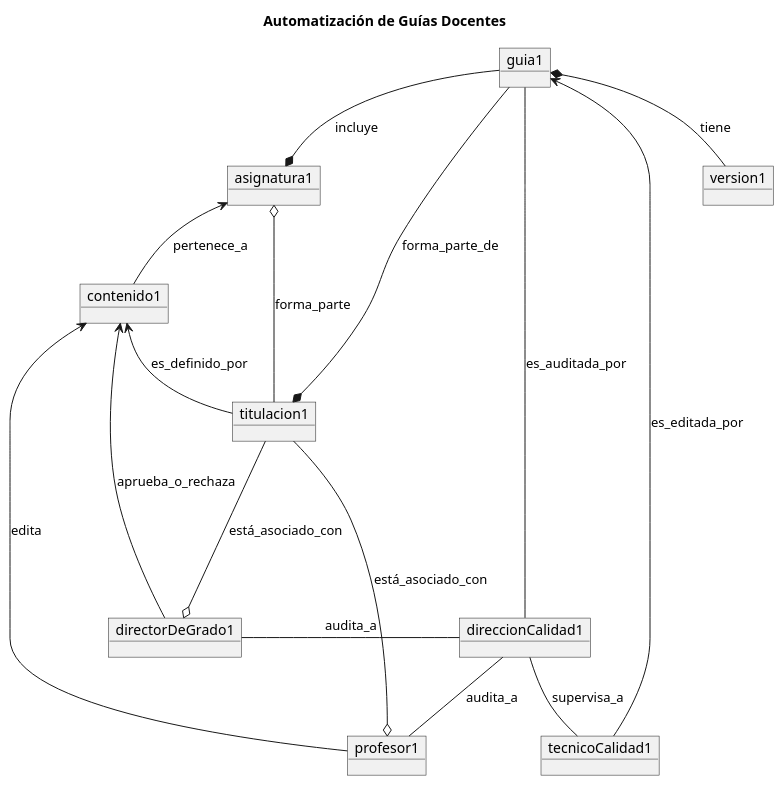
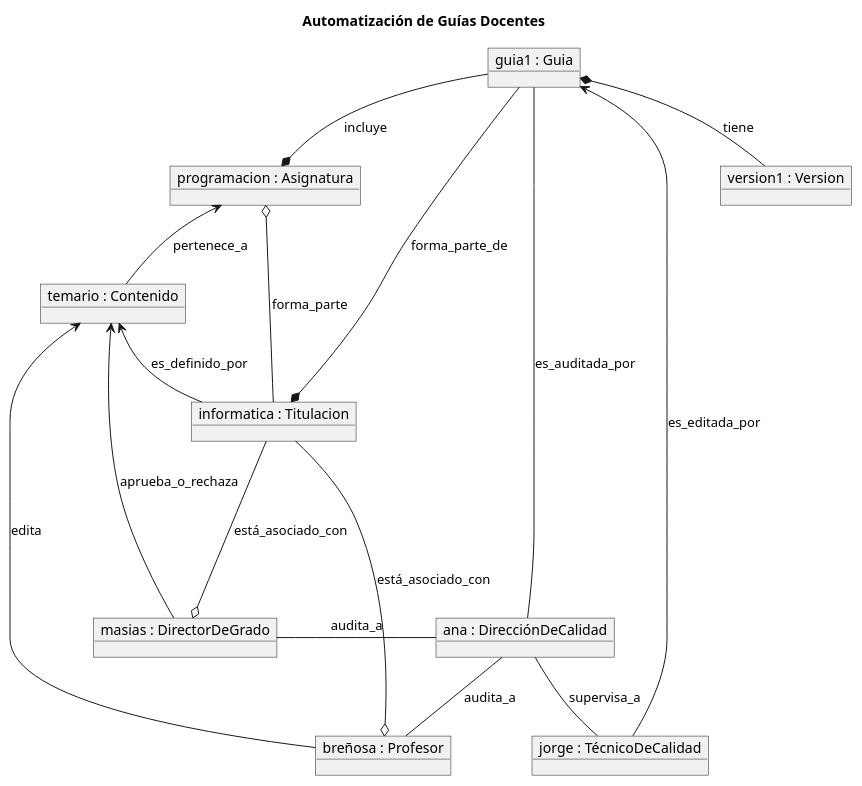
Before and after one commit to mmasias/24-25-IdSw1-SDR: the diagram in ModeloDelDominio/DiagramaDeObjetos.puml, drawn with PlantUML. The commit also changed 1 other file, not shown here.

Commit message:
diagrama de objetos actualizado para que quede con estructura del profesor

```diff
--- a/ModeloDelDominio/DiagramaDeObjetos.puml
+++ b/ModeloDelDominio/DiagramaDeObjetos.puml
@@ -1,36 +1,36 @@
 @startuml DiagramaDeObjetos
 title Automatización de Guías Docentes
 
-object guia1
-object direccionCalidad1
-object tecnicoCalidad1
-object profesor1
-object directorDeGrado1
-object contenido1
-object titulacion1
-object asignatura1
-object version1
+object "guia1 : Guia" as guia1
+object "ana : DirecciónDeCalidad" as ana
+object "jorge : TécnicoDeCalidad" as jorge
+object "breñosa : Profesor" as breñosa
+object "masias : DirectorDeGrado" as masias
+object "temario : Contenido" as temario
+object "informatica : Titulacion" as informatica
+object "programacion : Asignatura" as programacion
+object "version1 : Version" as version1
 
-guia1 --* titulacion1 : forma_parte_de
-guia1 --* asignatura1 : incluye
+guia1 --* informatica : "forma_parte_de"
+guia1 --* programacion : "incluye"
 
-asignatura1 <-down- contenido1 : pertenece_a
-asignatura1 o-down- titulacion1 : forma_parte
+programacion <-down- temario : "pertenece_a"
+programacion o-down- informatica : "forma_parte"
 
-guia1 -down- direccionCalidad1 : es_auditada_por
-guia1 <-down- tecnicoCalidad1 : es_editada_por
-guia1 *-down- version1 : tiene
+guia1 -down- ana : "es_auditada_por"
+guia1 <-down- jorge : "es_editada_por"
+guia1 *-down- version1 : "tiene"
 
-contenido1 <-- titulacion1 : es_definido_por
+temario <-- informatica : "es_definido_por"
 
-direccionCalidad1 -- tecnicoCalidad1 : supervisa_a
-direccionCalidad1 -- profesor1 : audita_a
-direccionCalidad1 -l-- directorDeGrado1 : audita_a
+ana -- jorge : "supervisa_a"
+ana -- breñosa : "audita_a"
+ana -l-- masias : "audita_a"
 
-profesor1 o-up-- titulacion1 : está_asociado_con
-directorDeGrado1 o-up-- titulacion1 : está_asociado_con
+breñosa o-up-- informatica : "está_asociado_con"
+masias o-up-- informatica : "está_asociado_con"
 
-contenido1 <- directorDeGrado1 : aprueba_o_rechaza
-contenido1 <-- profesor1 : edita
+temario <- masias : "aprueba_o_rechaza"
+temario <-- breñosa : "edita"
 
 @enduml
```
